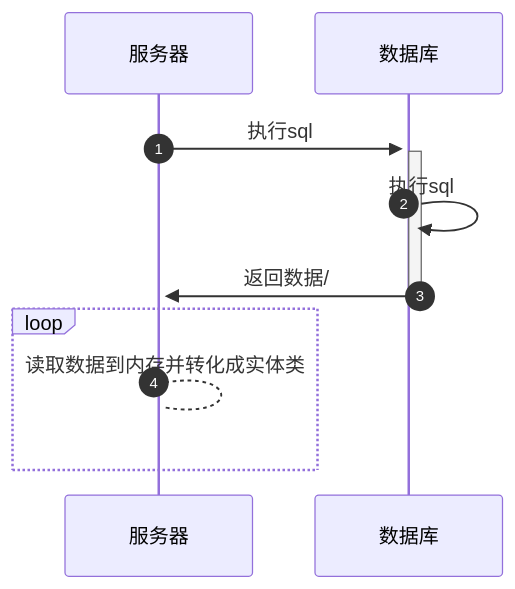
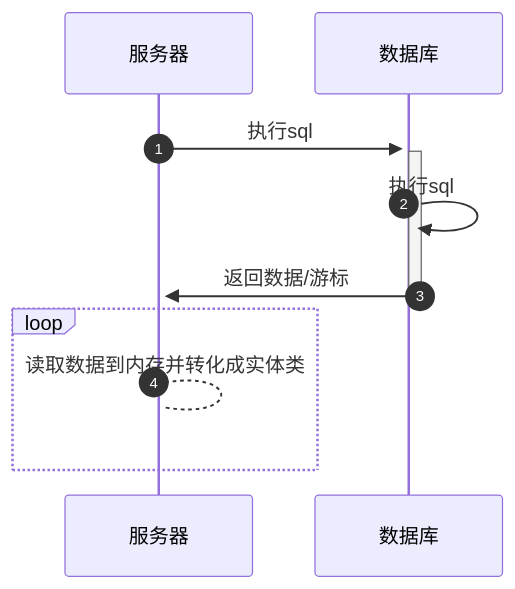
The diagram in all/AI-服务查询数据.md (HY-10-8/iodraw-files), drawn with Mermaid before and after one commit.

Commit message:
2025-11-27 17:37:23 update

````diff
--- a/all/AI-服务查询数据.md
+++ b/all/AI-服务查询数据.md
@@ -1,12 +1,12 @@
 ```mermaid
 sequenceDiagram
     autonumber
     服务器->>+数据库: 执行sql
     activate 数据库
     数据库->>数据库: 执行sql
-    数据库->>+服务器: 返回数据/
+    数据库->>+服务器: 返回数据/游标
     deactivate 数据库
     loop 
         服务器-->服务器: 读取数据到内存并转化成实体类
     end
 ```
````
